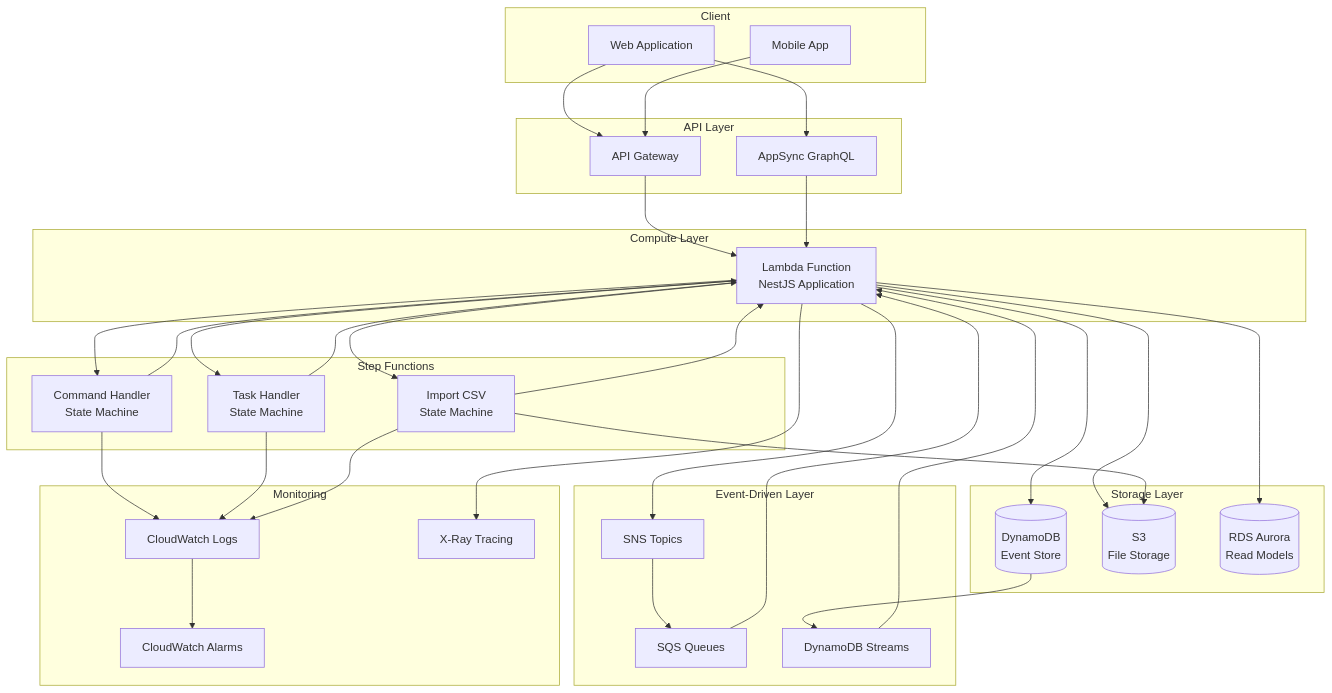
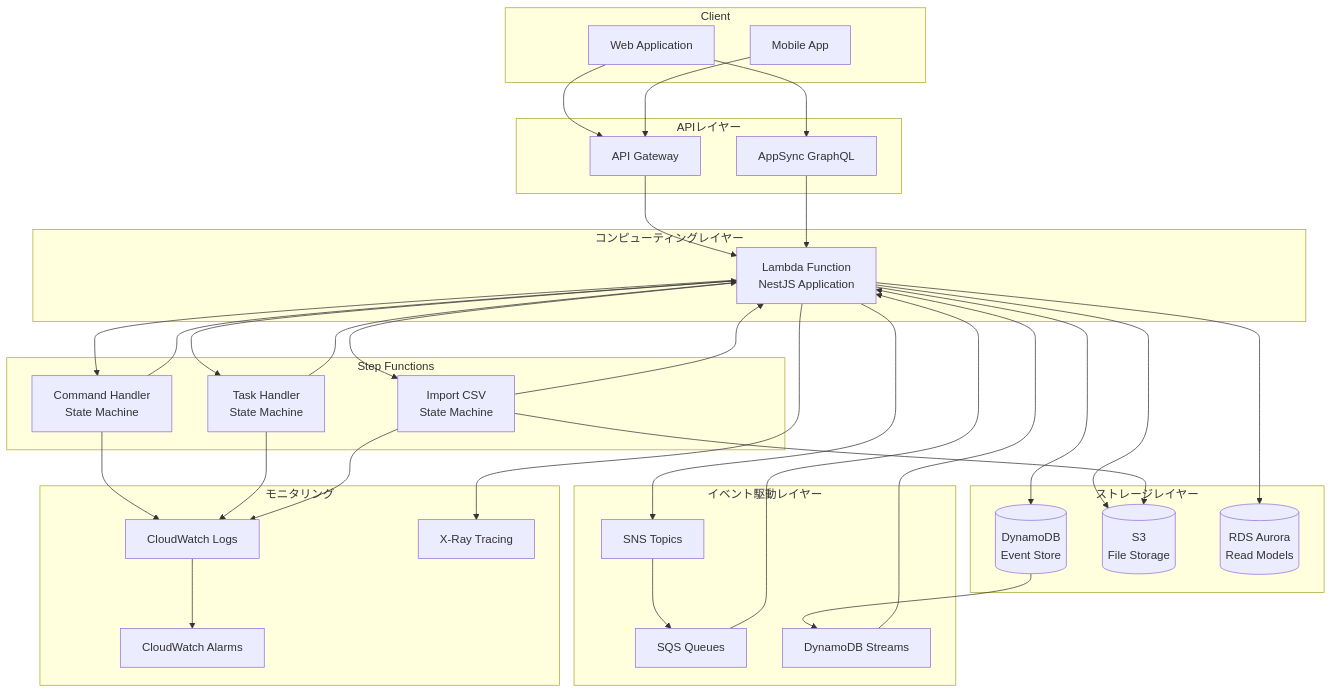
The fifth of 8 diagrams in i18n/ja/docusaurus-plugin-content-docs/current/architecture/step-functions.md (mbc-net/mbc-cqrs-serverless-doc), drawn with Mermaid before and after one commit. The commit also changed other lines of this file and 11 other files, not shown here.

First line of the commit message:
Add i18n translation placeholders to mermaid diagram labels

````diff
--- a/i18n/ja/docusaurus-plugin-content-docs/current/architecture/step-functions.md
+++ b/i18n/ja/docusaurus-plugin-content-docs/current/architecture/step-functions.md
@@ -127,71 +127,71 @@
 ```mermaid
 flowchart TB
     subgraph Client
         Web[Web Application]
         Mobile[Mobile App]
     end
 
-    subgraph APILayer["API Layer"]
+    subgraph APILayer["APIレイヤー"]
         APIGW[API Gateway]
         AppSync[AppSync GraphQL]
     end
 
-    subgraph Compute["Compute Layer"]
+    subgraph Compute["コンピューティングレイヤー"]
         Lambda[Lambda Function<br/>NestJS Application]
     end
 
     subgraph StepFunctions["Step Functions"]
         CommandSFN[Command Handler<br/>State Machine]
         TaskSFN[Task Handler<br/>State Machine]
         ImportSFN[Import CSV<br/>State Machine]
     end
 
-    subgraph EventDriven["Event-Driven Layer"]
+    subgraph EventDriven["イベント駆動レイヤー"]
         SNS[SNS Topics]
         SQS[SQS Queues]
         DDBStream[DynamoDB Streams]
     end
 
-    subgraph Storage["Storage Layer"]
+    subgraph Storage["ストレージレイヤー"]
         DDB[(DynamoDB<br/>Event Store)]
         S3[(S3<br/>File Storage)]
         RDS[(RDS Aurora<br/>Read Models)]
     end
 
-    subgraph Monitoring["Monitoring"]
+    subgraph Monitoring["モニタリング"]
         CWLogs[CloudWatch Logs]
         XRay[X-Ray Tracing]
         CWAlarms[CloudWatch Alarms]
     end
 
     Web --> APIGW
     Mobile --> APIGW
     Web --> AppSync
     APIGW --> Lambda
     AppSync --> Lambda
 
     Lambda --> DDB
     Lambda --> S3
     Lambda --> RDS
     Lambda --> SNS
 
     DDBStream --> Lambda
     DDB --> DDBStream
     SNS --> SQS
     SQS --> Lambda
 
     Lambda --> CommandSFN
     Lambda --> TaskSFN
     Lambda --> ImportSFN
 
     CommandSFN --> Lambda
     TaskSFN --> Lambda
     ImportSFN --> Lambda
     ImportSFN --> S3
 
     CommandSFN --> CWLogs
     TaskSFN --> CWLogs
     ImportSFN --> CWLogs
     Lambda --> XRay
     CWLogs --> CWAlarms
 ```
````
